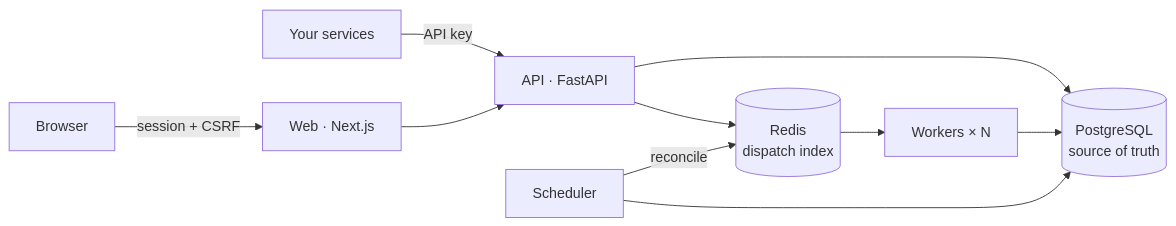
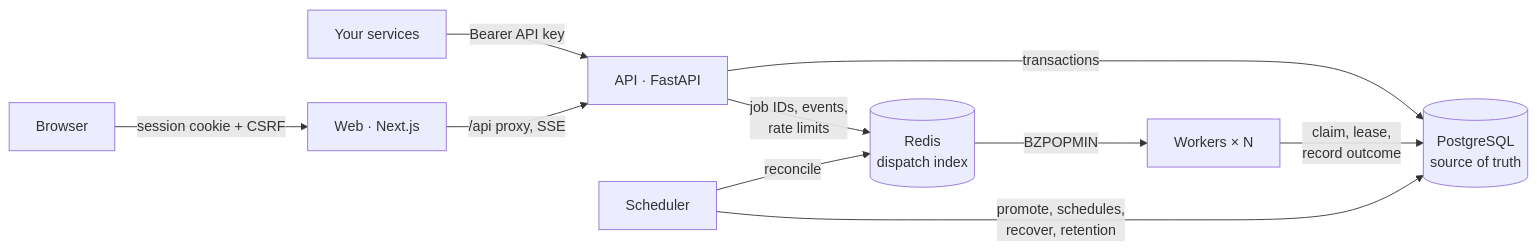
The diagram in README.md (aryan45sandilya/QueueForge), drawn with Mermaid before and after one commit. The commit also changed other lines of this file and 5 other files, not shown here.

````diff
--- a/README.md
+++ b/README.md
@@ -121,12 +71,12 @@
 ```mermaid
 flowchart LR
-  B[Browser] -->|session + CSRF| W[Web · Next.js]
-  S[Your services] -->|API key| A
-  W --> A[API · FastAPI]
-  A --> PG[(PostgreSQL<br/>source of truth)]
-  A --> R[(Redis<br/>dispatch index)]
-  R --> K[Workers × N]
-  K --> PG
-  SC[Scheduler] --> PG
+  B[Browser] -->|session cookie + CSRF| W[Web · Next.js]
+  S[Your services] -->|Bearer API key| A
+  W -->|/api proxy, SSE| A[API · FastAPI]
+  A -->|transactions| PG[(PostgreSQL<br/>source of truth)]
+  A -->|job IDs, events,<br/>rate limits| R[(Redis<br/>dispatch index)]
+  R -->|BZPOPMIN| K[Workers × N]
+  K -->|claim, lease,<br/>record outcome| PG
+  SC[Scheduler] -->|promote, schedules,<br/>recover, retention| PG
   SC -->|reconcile| R
 ```
````
